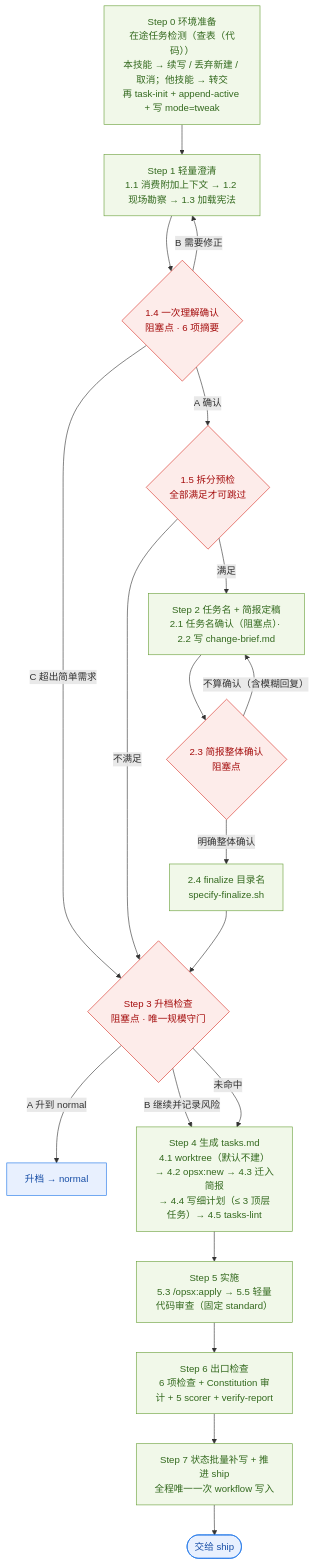
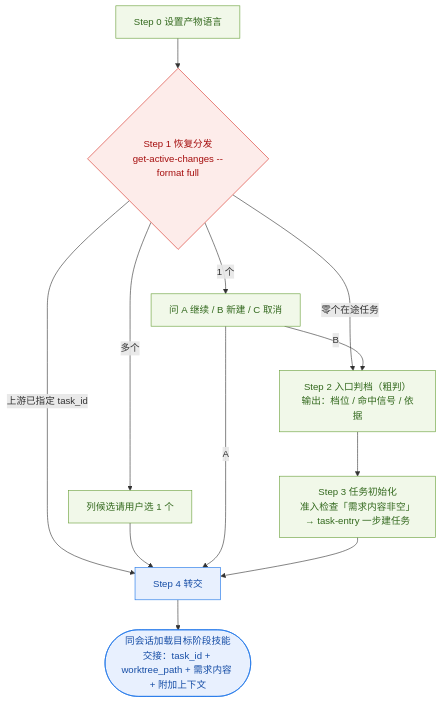
Before and after one commit to incodingless/polaris-flow: the third of 12 diagrams in docs/architecture/coding-workflow-flows.md, drawn with Mermaid. The commit also changed other lines of this file and 46 other files, not shown here.

````diff
--- a/docs/architecture/coding-workflow-flows.md
+++ b/docs/architecture/coding-workflow-flows.md
@@ -155,29 +169,21 @@
 ```mermaid
 flowchart TD
-    T0["Step 0 环境准备<br/>在途任务检测（查表（代码））<br/>本技能 → 续写 / 丢弃新建 / 取消；他技能 → 转交<br/>再 task-init + append-active + 写 mode=tweak"]
-    T0 --> T1["Step 1 轻量澄清<br/>1.1 消费附加上下文 → 1.2 现场勘察 → 1.3 加载宪法"]
-    T1 --> TC1{"1.4 一次理解确认<br/>阻塞点 · 6 项摘要"}
-    TC1 -->|"B 需要修正"| T1
-    TC1 -->|"C 超出简单需求"| TC3
-    TC1 -->|"A 确认"| T15{"1.5 拆分预检<br/>全部满足才可跳过"}
-    T15 -->|"不满足"| TC3
-    T15 -->|"满足"| T2["Step 2 任务名 + 简报定稿<br/>2.1 任务名确认（阻塞点）· 2.2 写 change-brief.md"]
-    T2 --> TC2{"2.3 简报整体确认<br/>阻塞点"}
-    TC2 -->|"不算确认（含模糊回复）"| T2
-    TC2 -->|"明确整体确认"| T24["2.4 finalize 目录名<br/>specify-finalize.sh"]
-    T24 --> TC3{"Step 3 升档检查<br/>阻塞点 · 唯一规模守门"}
-    TC3 -->|"A 升到 normal"| UP["升档 → normal"]
-    TC3 -->|"B 继续并记录风险"| T4
-    TC3 -->|"未命中"| T4["Step 4 生成 tasks.md<br/>4.1 worktree（默认不建）→ 4.2 opsx:new → 4.3 迁入简报<br/>→ 4.4 写细计划（≤ 3 顶层任务）→ 4.5 tasks-lint"]
-    T4 --> T5["Step 5 实施<br/>5.3 /opsx:apply → 5.5 轻量代码审查（固定 standard）"]
-    T5 --> T6["Step 6 出口检查<br/>6 项检查 + Constitution 审计 + 5 scorer + verify-report"]
-    T6 --> T7["Step 7 状态批量补写 + 推进 ship<br/>全程唯一一次 workflow 写入"]
-    T7 --> TSHIP(["交给 ship"])
+    A["Step 0 设置产物语言"] --> B{"Step 1 恢复分发<br/>get-active-changes --format full"}
+    B -->|"上游已指定 task_id"| E["Step 4 转交"]
+    B -->|"零个在途任务"| C["Step 2 入口判档（粗判）<br/>输出：档位 / 命中信号 / 依据"]
+    B -->|"多个"| P["列候选请用户选 1 个"]
+    B -->|"1 个"| Q["问 A 继续 / B 新建 / C 取消"]
+    P --> E
+    Q -->|"A"| E
+    Q -->|"B"| C
+    C --> D["Step 3 任务初始化<br/>准入检查「需求内容非空」→ task-entry 一步建任务"]
+    D --> E
+    E --> F(["同会话加载目标阶段技能<br/>交接：task_id + worktree_path + 需求内容 + 附加上下文"])
 
     classDef step fill:#f1f8e9,stroke:#689f38,color:#33691e
     classDef gate fill:#fdecea,stroke:#d93025,color:#a50e0e
     classDef out fill:#e8f0fe,stroke:#1a73e8,color:#174ea6
-    class T0,T1,T2,T24,T4,T5,T6,T7 step
-    class TC1,T15,TC2,TC3 gate
-    class UP,TSHIP out
+    class A,C,D,P,Q step
+    class B gate
+    class E,F out
 ```
````
